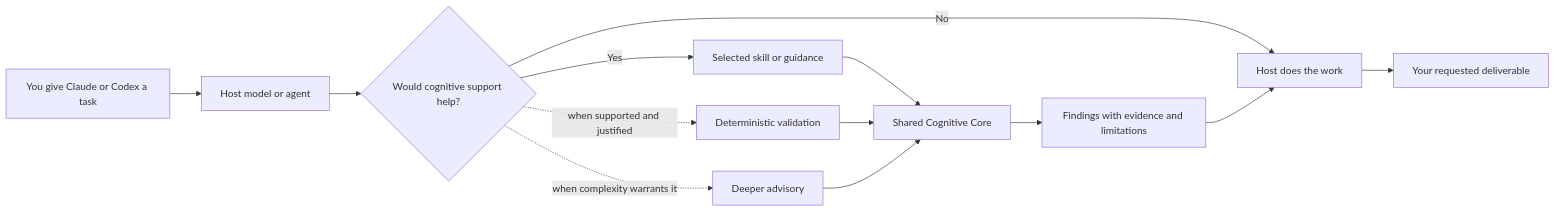
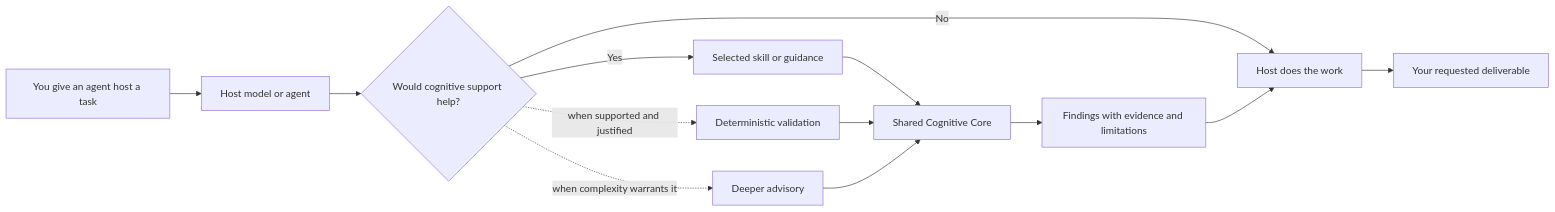
One commit to azoghry-commits/Cognition-OS changed the diagram in README.md. Above: the diagram before and after it, drawn with Mermaid. The commit also changed other lines of this file and 116 other files, not shown here.

````diff
--- a/README.md
+++ b/README.md
@@ -35,15 +35,15 @@
 ```mermaid
 flowchart LR
-    U["You give Claude or Codex a task"] --> H["Host model or agent"]
+    U["You give an agent host a task"] --> H["Host model or agent"]
     H --> D{"Would cognitive support help?"}
     D -->|No| W["Host does the work"]
     D -->|Yes| S["Selected skill or guidance"]
     D -. "when supported and justified" .-> V["Deterministic validation"]
     D -. "when complexity warrants it" .-> A["Deeper advisory"]
     S --> C["Shared Cognitive Core"]
     V --> C
     A --> C
     C --> F["Findings with evidence and limitations"]
     F --> W
     W --> O["Your requested deliverable"]
 ```
````
